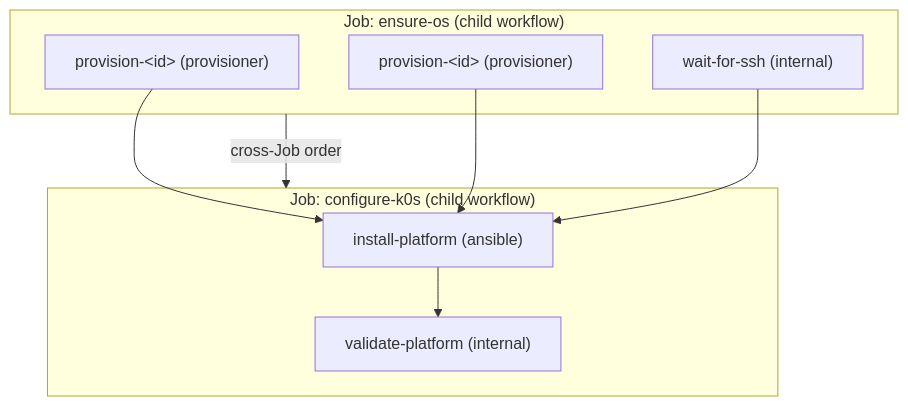
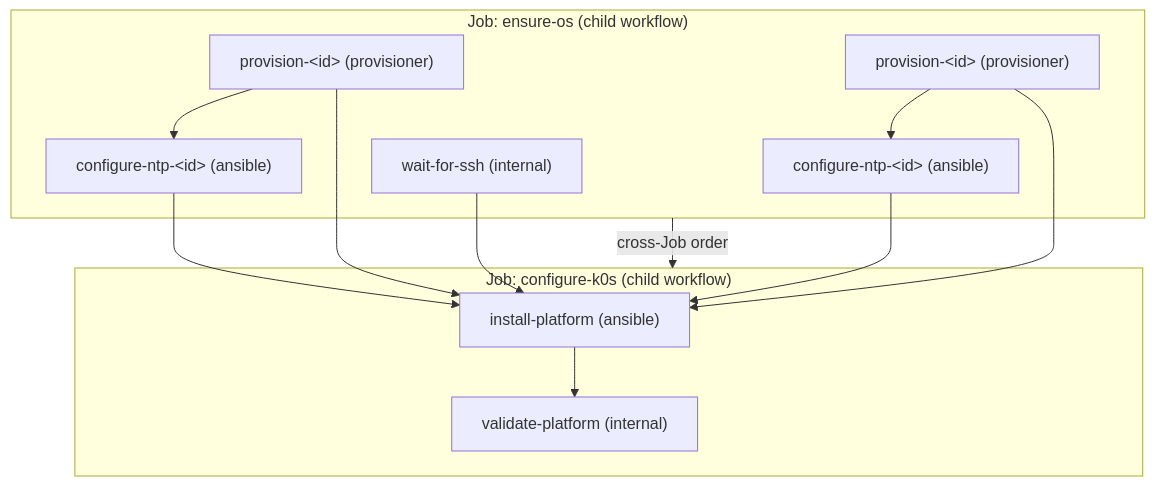
Before and after one commit to maple52046/swallow: the diagram in docs/development/platform-deployment.md, drawn with Mermaid. The commit also changed other lines of this file and 62 other files, not shown here.

````diff
--- a/docs/development/platform-deployment.md
+++ b/docs/development/platform-deployment.md
@@ -95,17 +96,23 @@
 ```mermaid
 flowchart TB
     subgraph ensure["Job: ensure-os (child workflow)"]
         p1["provision-&lt;id&gt; (provisioner)"]
         p2["provision-&lt;id&gt; (provisioner)"]
+        n1["configure-ntp-&lt;id&gt; (ansible)"]
+        n2["configure-ntp-&lt;id&gt; (ansible)"]
         w["wait-for-ssh (internal)"]
     end
     subgraph configure["Job: configure-k0s (child workflow)"]
         inst["install-platform (ansible)"]
         val["validate-platform (internal)"]
     end
+    p1 --> n1
+    p2 --> n2
     p1 --> inst
     p2 --> inst
+    n1 --> inst
+    n2 --> inst
     w --> inst
     inst --> val
     ensure -->|cross-Job order| configure
 ```
````
